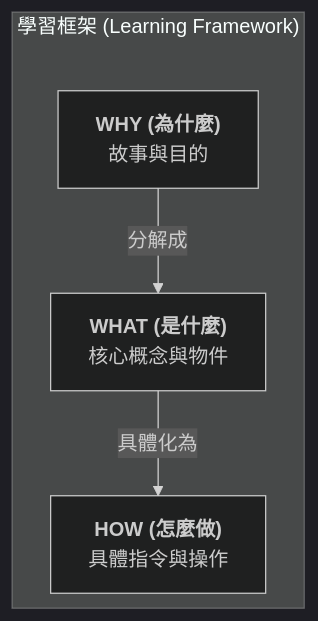
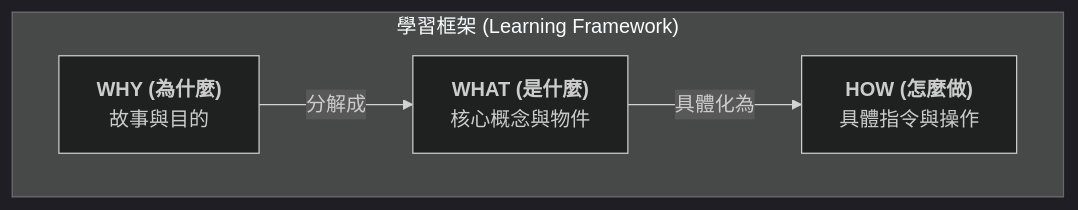
The diagram in why-what-how-framework.md (TOOITW/knowledge-garden), drawn with Mermaid (dark theme) before and after one commit. The commit also changed 1 other file, not shown here.

````diff
--- a/why-what-how-framework.md
+++ b/why-what-how-framework.md
@@ -7,15 +7,10 @@
 ```mermaid
----
-config:
-  look: classic
-  layout: elk
----
 flowchart TD
  subgraph subGraph0["學習框架 (Learning Framework)"]
         A["<b>WHY (為什麼)</b><br>故事與目的"]
         B["<b>WHAT (是什麼)</b><br>核心概念與物件"]
         C["<b>HOW (怎麼做)</b><br>具體指令與操作"]
   end
     A -- 分解成 --> B
     B -- 具體化為 --> C
 ```
````
